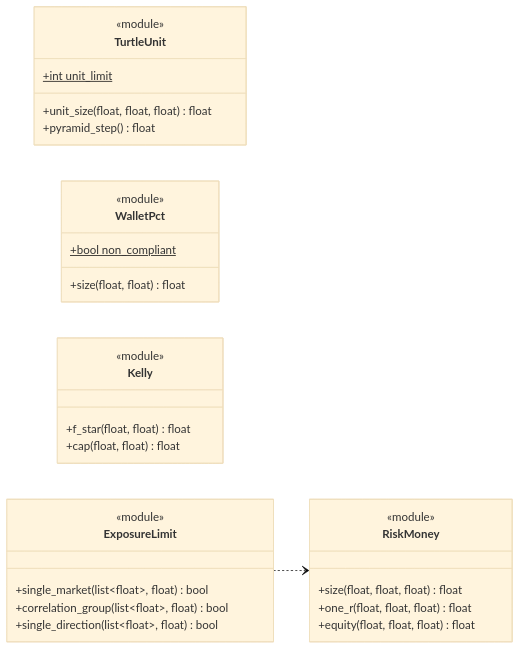
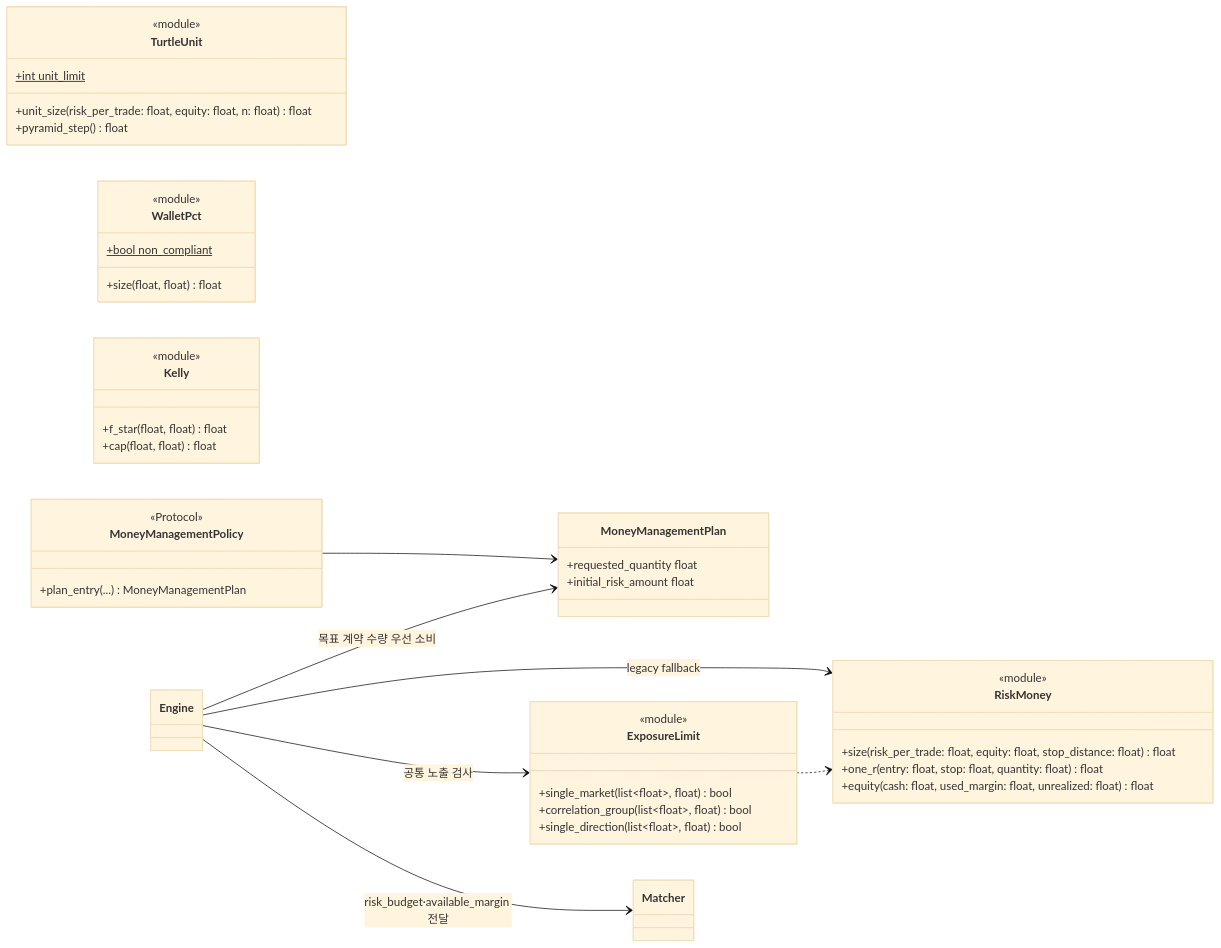
Diagram 23 of 38 in docs/fullspec/backtest_v2_detailed_design.md (vessel35/trading-system-v2), drawn with Mermaid (base theme) before and after one commit. The commit also changed other lines of this file and 1 other file, not shown here.

````diff
--- a/docs/fullspec/backtest_v2_detailed_design.md
+++ b/docs/fullspec/backtest_v2_detailed_design.md
@@ -2224,33 +2747,48 @@
 ```mermaid
 classDiagram
     direction LR
     class RiskMoney {
         <<module>>
-        +size(float, float, float) float
-        +one_r(float, float, float) float
-        +equity(float, float, float) float
+        +size(risk_per_trade: float, equity: float, stop_distance: float) float
+        +one_r(entry: float, stop: float, quantity: float) float
+        +equity(cash: float, used_margin: float, unrealized: float) float
     }
     class TurtleUnit {
         <<module>>
-        +unit_size(float, float, float) float
+        +unit_size(risk_per_trade: float, equity: float, n: float) float
         +pyramid_step() float
         +int unit_limit$
     }
     class WalletPct {
         <<module>>
         +size(float, float) float
         +bool non_compliant$
     }
     class Kelly {
         <<module>>
         +f_star(float, float) float
         +cap(float, float) float
     }
     ExposureLimit ..> RiskMoney
     class ExposureLimit {
         <<module>>
         +single_market(list~float~, float) bool
         +correlation_group(list~float~, float) bool
         +single_direction(list~float~, float) bool
     }
+    class MoneyManagementPolicy {
+        <<Protocol>>
+        +plan_entry(...) MoneyManagementPlan
+    }
+    class MoneyManagementPlan {
+        +requested_quantity float
+        +initial_risk_amount float
+    }
+    class Engine
+    class Matcher
+    MoneyManagementPolicy --> MoneyManagementPlan
+    Engine --> MoneyManagementPlan : 목표 계약 수량 우선 소비
+    Engine --> RiskMoney : legacy fallback
+    Engine --> ExposureLimit : 공통 노출 검사
+    Engine --> Matcher : risk_budget·available_margin 전달
 ```
````
